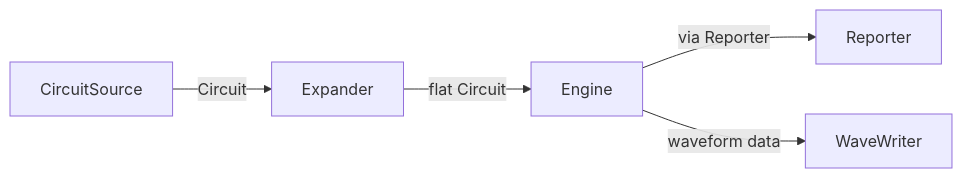
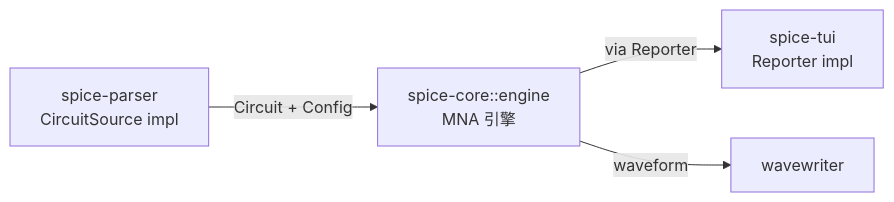
The first of 2 diagrams in docs/src/architecture/overview.md (FleetingLore/tiny-spice-rs), drawn with Mermaid before and after one commit. The commit also changed other lines of this file and 36 other files, not shown here.

Commit message:
seprate parser and refactor spice-core/src/analysis.rs

````diff
--- a/docs/src/architecture/overview.md
+++ b/docs/src/architecture/overview.md
@@ -7,7 +16,6 @@
 ```mermaid
 flowchart LR
-    S[CircuitSource] -->|Circuit| E[Expander]
-    E -->|flat Circuit| G[Engine]
-    G -->|via Reporter| R[Reporter]
-    G -->|waveform data| W[WaveWriter]
+    P[spice-parser<br/>CircuitSource impl] -->|Circuit + Config| G[spice-core::engine<br/>MNA 引擎]
+    G -->|via Reporter| T[spice-tui<br/>Reporter impl]
+    G -->|waveform| W[wavewriter]
 ```
````
